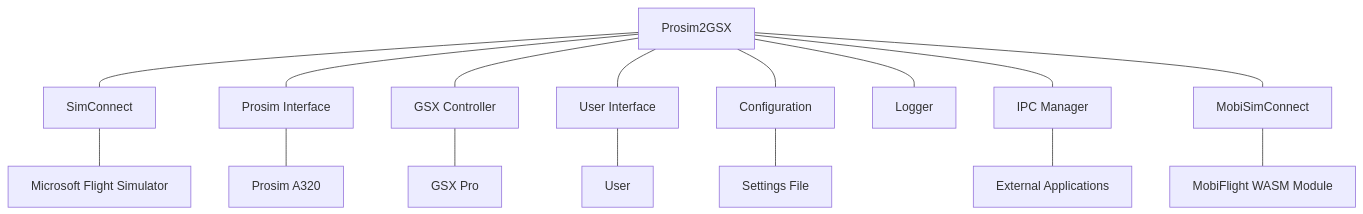
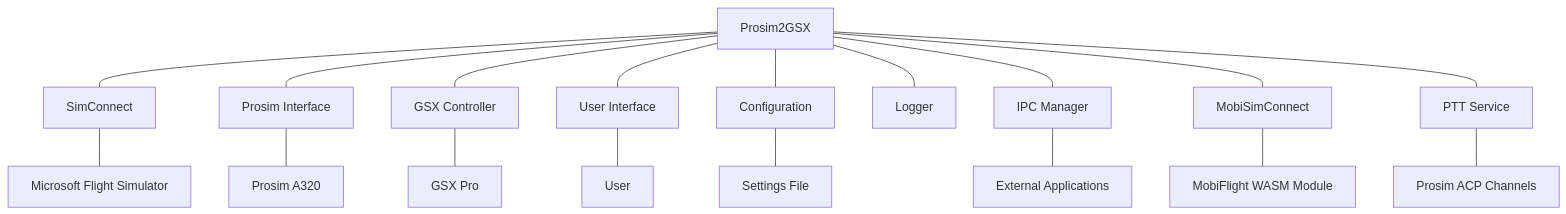
Before and after one commit to psyraxaus/Prosim2GSX: the diagram in memory-bank/systemPatterns.md, drawn with Mermaid. The commit also changed other lines of this file and 3 other files, not shown here.

````diff
--- a/memory-bank/systemPatterns.md
+++ b/memory-bank/systemPatterns.md
@@ -7,19 +7,21 @@
 ```mermaid
 graph TD
     P2G[Prosim2GSX] --- SC[SimConnect]
     P2G --- PI[Prosim Interface]
     P2G --- GC[GSX Controller]
     P2G --- UI[User Interface]
     P2G --- CFG[Configuration]
     P2G --- LOG[Logger]
     P2G --- IPC[IPC Manager]
     P2G --- MSC[MobiSimConnect]
+    P2G --- PTT[PTT Service]
     
     SC --- MSFS[Microsoft Flight Simulator]
     PI --- PROSIM[Prosim A320]
     GC --- GSX[GSX Pro]
     UI --- USER[User]
     CFG --- SETTINGS[Settings File]
     IPC --- APPS[External Applications]
     MSC --- WASM[MobiFlight WASM Module]
+    PTT --- PROSIM_ACP[Prosim ACP Channels]
 ```
````
